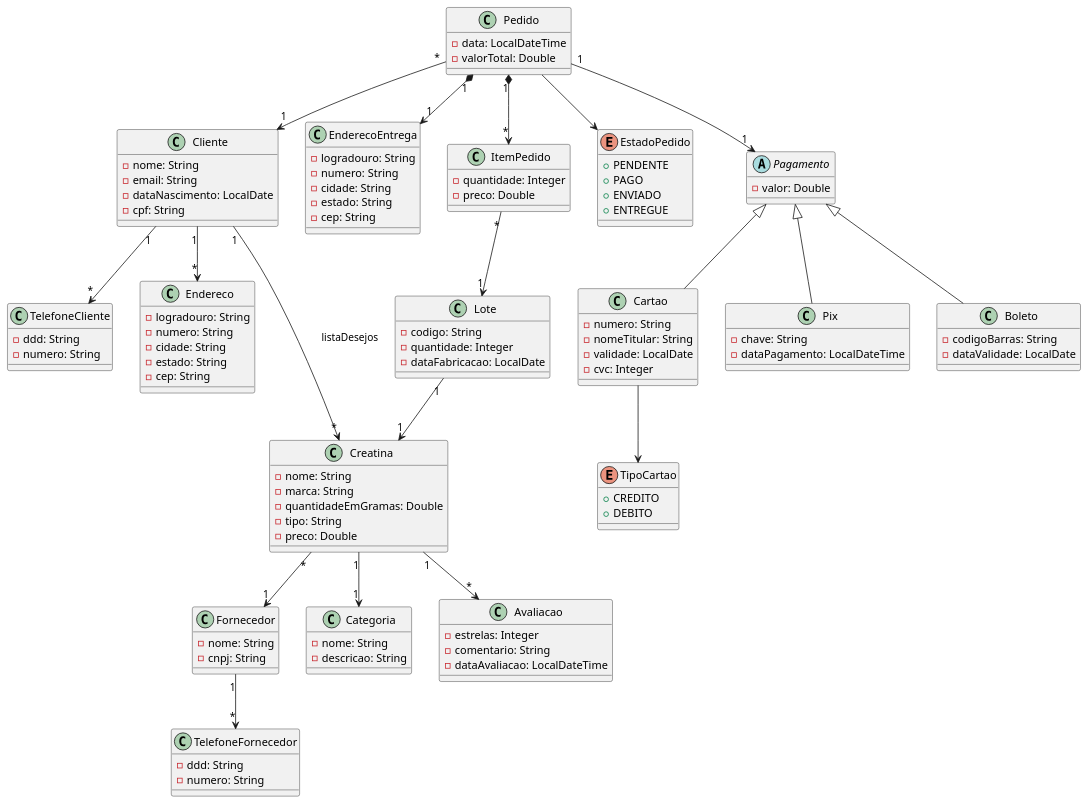
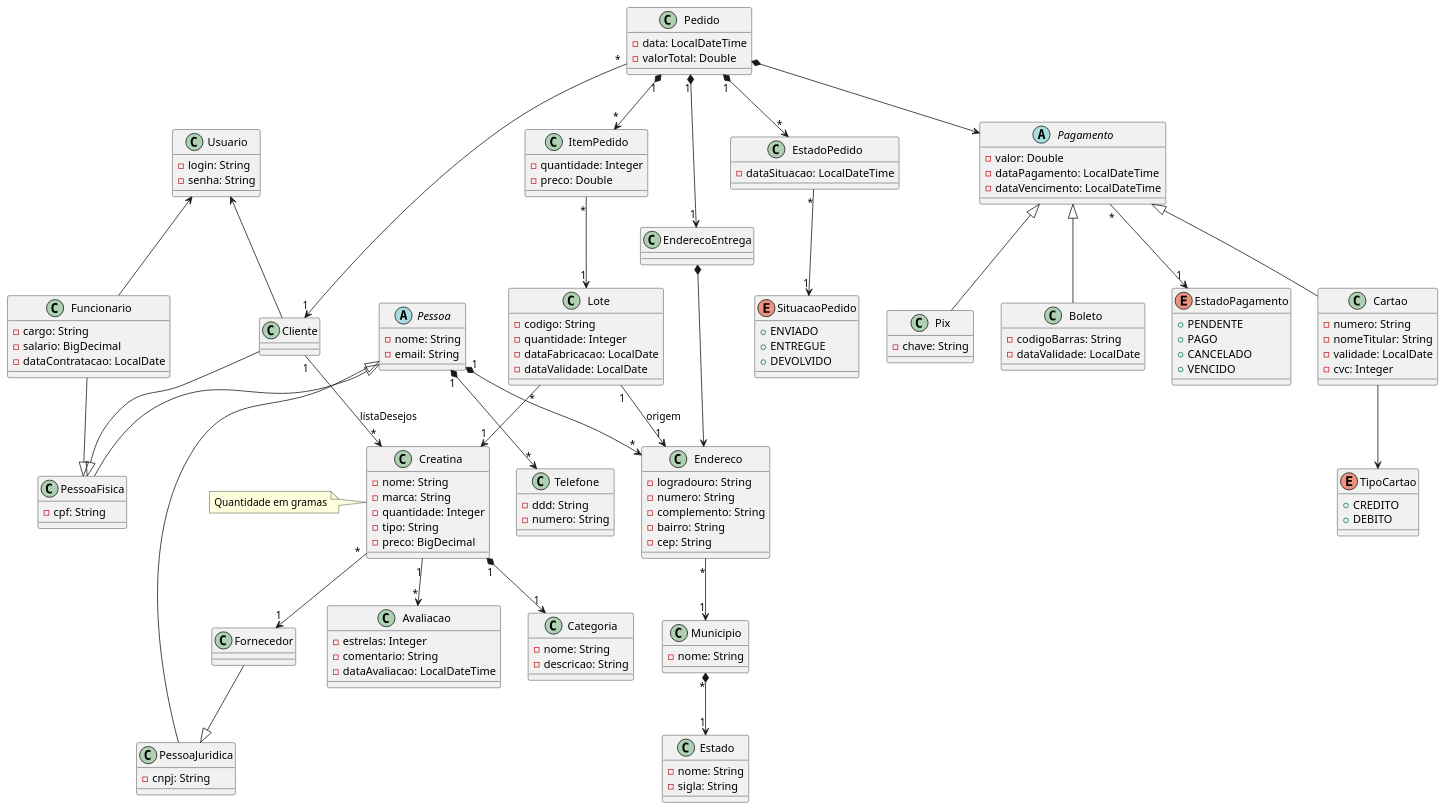
Before and after one commit to HallanChristian/creatina-tp1-quarkus: the diagram in src/main/resources/Creatina.plantuml, drawn with PlantUML.

Commit message:
Update Plant UML

```diff
--- a/src/main/resources/Creatina.plantuml
+++ b/src/main/resources/Creatina.plantuml
@@ -1,137 +1,183 @@
 @startuml Creatina
 
-class Cliente {
+abstract class Pessoa {
   - nome: String
   - email: String
-  - dataNascimento: LocalDate
+}
+
+class PessoaFisica {
   - cpf: String
 }
 
-class TelefoneCliente {
+class PessoaJuridica {
+  - cnpj: String
+}
+
+class Usuario {
+  - login: String
+  - senha: String
+}
+
+class Cliente {
+}
+
+class Funcionario {
+  - cargo: String
+  - salario: BigDecimal
+  - dataContratacao: LocalDate
+}
+
+Pessoa <|-- PessoaFisica
+Pessoa <|-- PessoaJuridica
+Usuario <-- Cliente
+Usuario <-- Funcionario
+Funcionario --|> PessoaFisica
+Cliente --|> PessoaFisica
+Fornecedor --|> PessoaJuridica
+
+class Telefone {
   - ddd: String
   - numero: String
 }
 
 class Endereco {
   - logradouro: String
   - numero: String
-  - cidade: String
-  - estado: String
+  - complemento: String
+  - bairro: String
   - cep: String
+}
+
+class Municipio {
+  - nome: String
+}
+
+class Estado {
+  - nome: String
+  - sigla: String
 }
 
 class Pedido {
   - data: LocalDateTime
   - valorTotal: Double
 }
 
-class EnderecoEntrega {
-  - logradouro: String
-  - numero: String
-  - cidade: String
-  - estado: String
-  - cep: String
-}
-
 class ItemPedido {
   - quantidade: Integer
   - preco: Double
 }
 
-Enum EstadoPedido {
+class EstadoPedido {
+  - dataSituacao: LocalDateTime
+}
+
+Enum SituacaoPedido {
+  + ENVIADO
+  + ENTREGUE
+  + DEVOLVIDO
+}
+
+class EnderecoEntrega {
+}
+
+Enum EstadoPagamento {
   + PENDENTE
   + PAGO
-  + ENVIADO
-  + ENTREGUE
+  + CANCELADO
+  + VENCIDO
 }
 
 abstract class Pagamento {
   - valor: Double
+  - dataPagamento: LocalDateTime
+  - dataVencimento: LocalDateTime
 }
 
 class Cartao {
   - numero: String
   - nomeTitular: String
   - validade: LocalDate
   - cvc: Integer
 }
 
 Enum TipoCartao {
   + CREDITO
   + DEBITO
 }
 
 class Pix {
   - chave: String
-  - dataPagamento: LocalDateTime
 }
 
 class Boleto {
   - codigoBarras: String
   - dataValidade: LocalDate
 }
 
 Pagamento <|-- Pix
 Pagamento <|-- Boleto
 Pagamento <|-- Cartao
+Pagamento "*" --> "1" EstadoPagamento
 
 class Fornecedor {
-  - nome: String
-  - cnpj: String
-}
-
-class TelefoneFornecedor {
-  - ddd: String
-  - numero: String
 }
 
 class Creatina {
   - nome: String
   - marca: String
-  - quantidadeEmGramas: Double
+  - quantidade: Integer
   - tipo: String
-  - preco: Double
+  - preco: BigDecimal
 }
 
 class Categoria {
   - nome: String
   - descricao: String
 }
 
 class Lote {
   - codigo: String
   - quantidade: Integer
   - dataFabricacao: LocalDate
+  - dataValidade: LocalDate
 }
 
 class Avaliacao {
   - estrelas: Integer
   - comentario: String
   - dataAvaliacao: LocalDateTime
 }
 
 ' Relacionamentos
 
-Cliente "1" --> "*" TelefoneCliente
-Cliente "1" --> "*" Endereco
+Pessoa "1" *--> "*" Telefone
+Pessoa "1" *--> "*" Endereco
+
+EnderecoEntrega *--> Endereco
+Endereco "*" --> "1" Municipio
+Municipio "*" *--> "1" Estado
+
 Cliente "1" --> "*" Creatina : listaDesejos
 
 ItemPedido "*" --> "1" Lote
 
 Pedido "*" --> "1" Cliente
 Pedido "1" *--> "*" ItemPedido
-Pedido "1" --> "1" Pagamento
-Pedido --> EstadoPedido
+Pedido *--> Pagamento
+Pedido "1" *--> "*" EstadoPedido
 Pedido "1" *--> "1" EnderecoEntrega
+
+EstadoPedido "*" --> "1" SituacaoPedido
 
 Cartao --> TipoCartao
 
-Creatina "1" --> "1" Categoria
+Creatina "1" *--> "1" Categoria
 Creatina "1" --> "*" Avaliacao
 Creatina "*" --> "1" Fornecedor
 
-Lote "1" --> "1" Creatina
+Lote "*" --> "1" Creatina
+Lote "1" --> "1" Endereco : origem
 
-Fornecedor "1" --> "*" TelefoneFornecedor
+note left of Creatina: Quantidade em gramas
 
 @enduml
```
